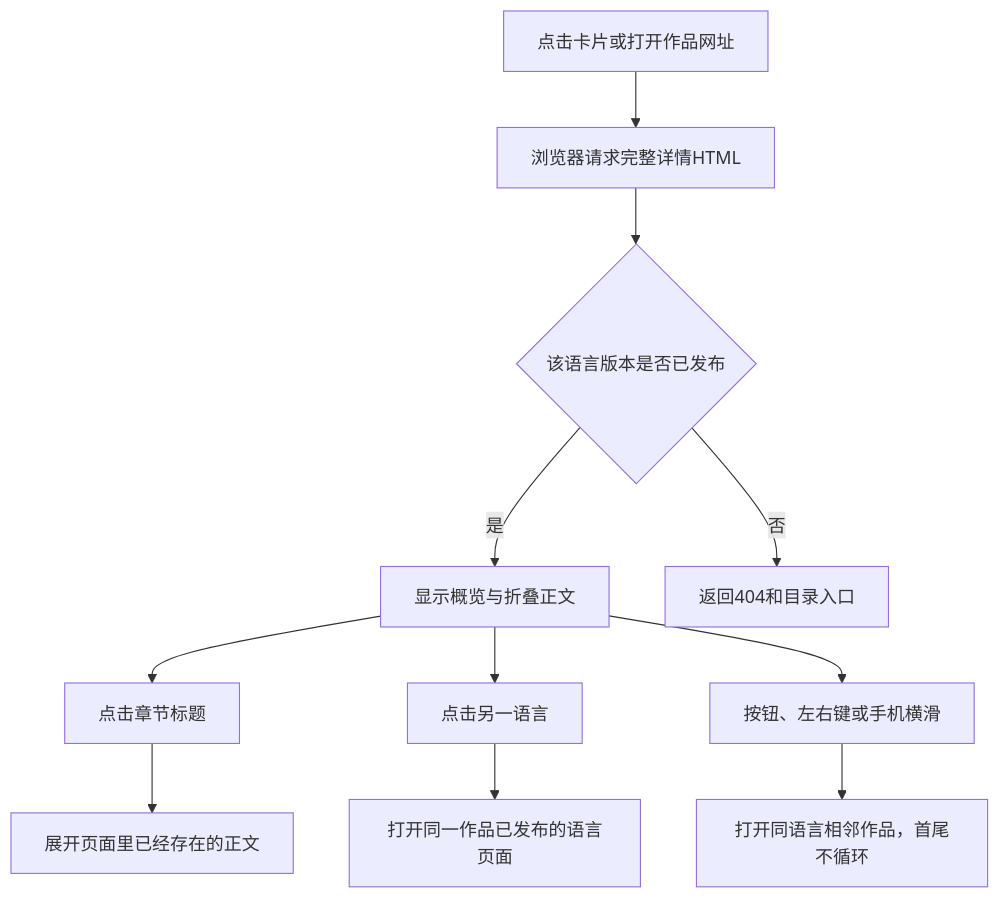
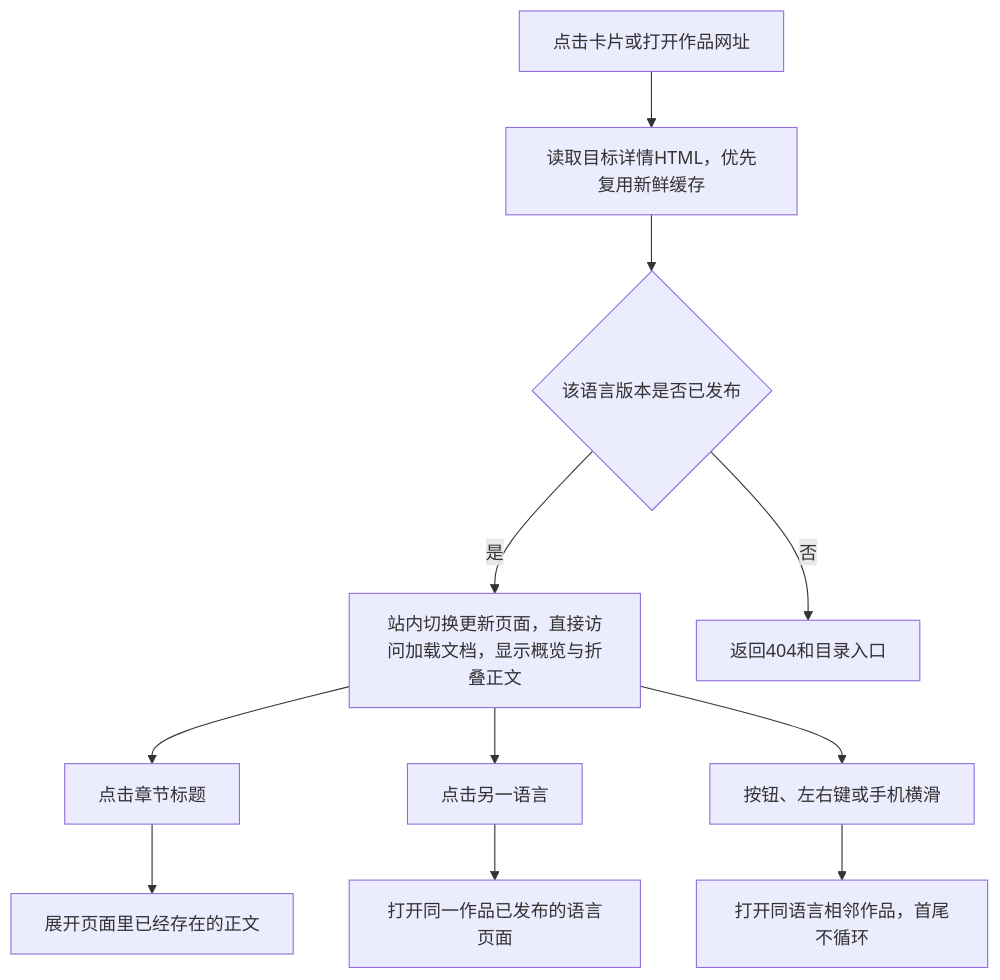
Before and after one commit to Vibes-college/Vibes: the diagram in docs/features/article-read.md, drawn with Mermaid. The commit also changed other lines of this file and 16 other files, not shown here.

````diff
--- a/docs/features/article-read.md
+++ b/docs/features/article-read.md
@@ -41,13 +44,13 @@
 ```mermaid
 flowchart TD
-  A[点击卡片或打开作品网址] --> B[浏览器请求完整详情HTML]
+  A[点击卡片或打开作品网址] --> B[读取目标详情HTML，优先复用新鲜缓存]
   B --> C{该语言版本是否已发布}
-  C -->|是| D[显示概览与折叠正文]
+  C -->|是| D[站内切换更新页面，直接访问加载文档，显示概览与折叠正文]
   C -->|否| E[返回404和目录入口]
   D --> F[点击章节标题]
   F --> G[展开页面里已经存在的正文]
   D --> H[点击另一语言]
   H --> I[打开同一作品已发布的语言页面]
   D --> J[按钮、左右键或手机横滑]
   J --> K[打开同语言相邻作品，首尾不循环]
 ```
````
